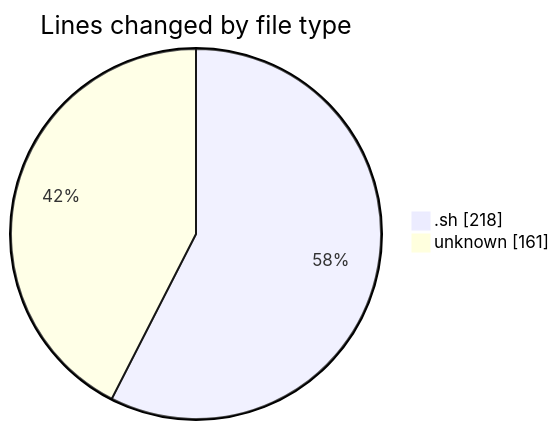
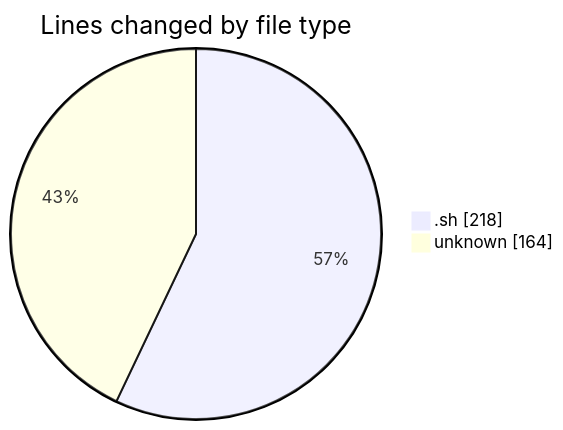
The first of 2 diagrams in 2026-03-30/scripts/README.md (ricardozamudiocil/code-tracking), drawn with Mermaid before and after one commit. The commit also changed other lines of this file and 1 other file, not shown here.

````diff
--- a/2026-03-30/scripts/README.md
+++ b/2026-03-30/scripts/README.md
@@ -23,6 +23,6 @@
 ```mermaid
 pie showData
 title Lines changed by file type
 ".sh" : 218
-"unknown" : 161
+"unknown" : 164
 ```
````
